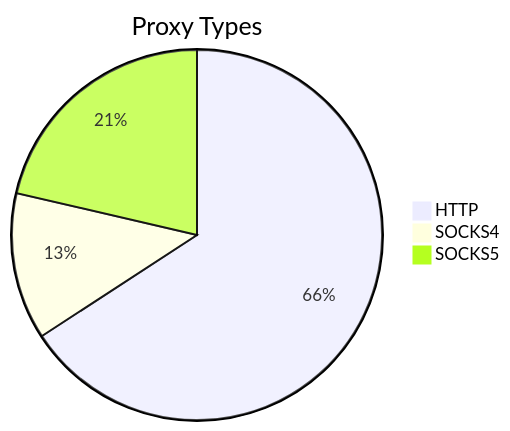
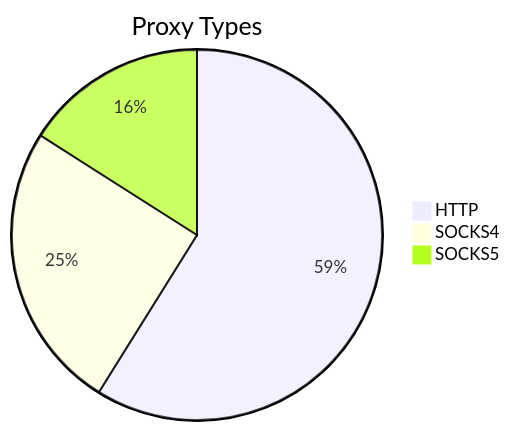
The first of 2 diagrams in README.md (stormsia/proxy-list), drawn with Mermaid before and after one commit. The commit also changed other lines of this file, not shown here.

````diff
--- a/README.md
+++ b/README.md
@@ -21,6 +21,6 @@
 ```mermaid
 pie title Proxy Types
-    "HTTP" : 231
-    "SOCKS4" : 45
-    "SOCKS5" : 75
+    "HTTP" : 431
+    "SOCKS4" : 184
+    "SOCKS5" : 117
 ```
````
